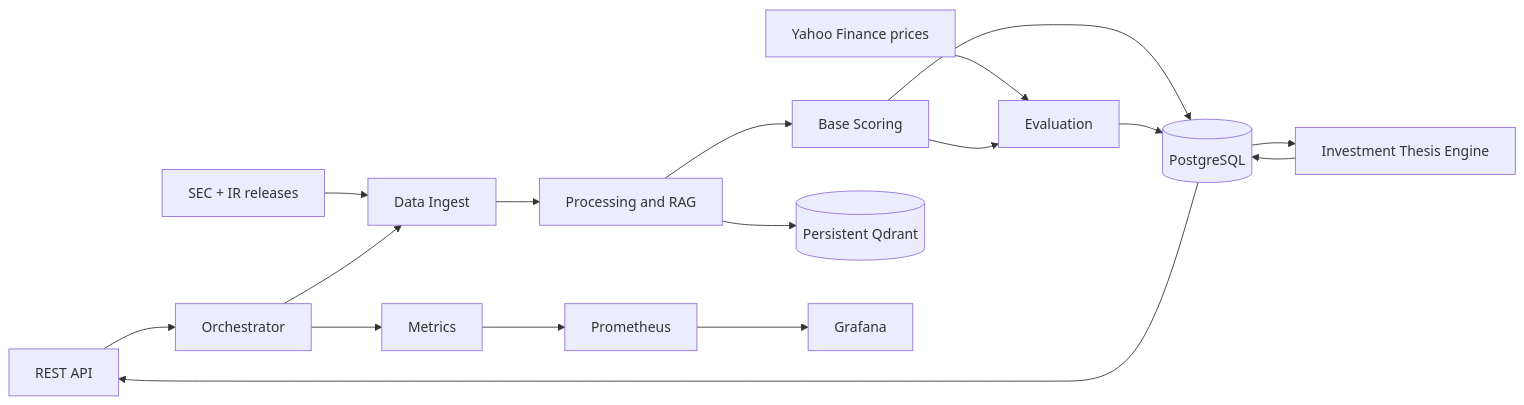
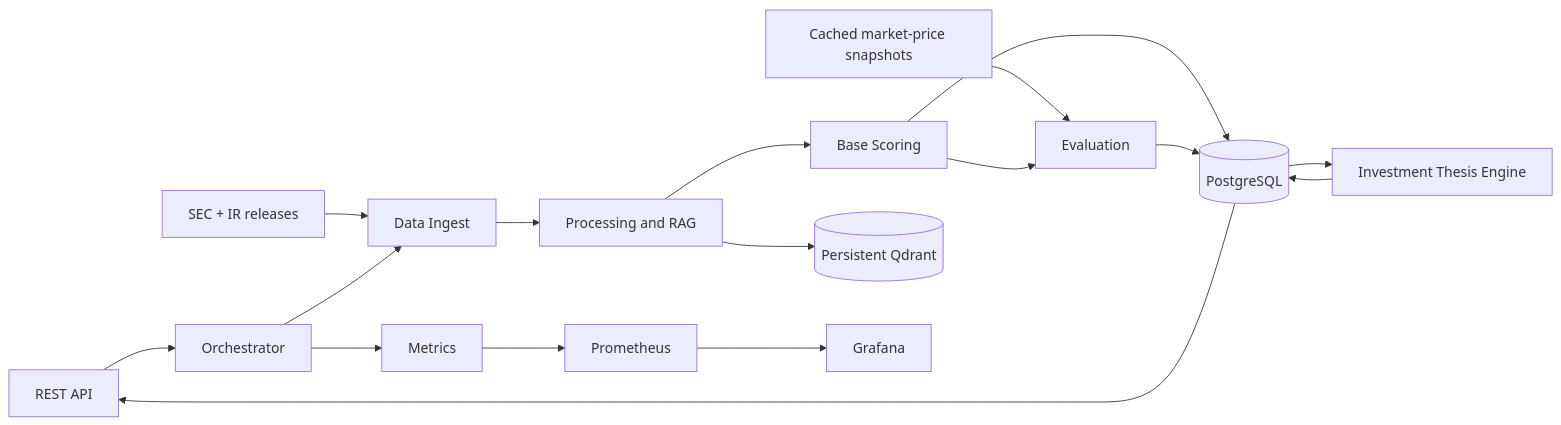
Before and after one commit to JanKaczmarski/sentimentAI: the diagram in docs/ARCHITECTURE.md, drawn with Mermaid. The commit also changed other lines of this file and 75 other files, not shown here.

````diff
--- a/docs/ARCHITECTURE.md
+++ b/docs/ARCHITECTURE.md
@@ -61,19 +62,19 @@
 ```mermaid
 flowchart LR
     API[REST API] --> O[Orchestrator]
     Sources[SEC + IR releases] --> I[Data Ingest]
-    Prices[Yahoo Finance prices] --> E[Evaluation]
+    Prices[Cached market-price snapshots] --> E[Evaluation]
     O --> I
     I --> P[Processing and RAG]
     P --> S[Base Scoring]
     S --> D[(PostgreSQL)]
     P --> V[(Persistent Qdrant)]
     D --> T[Investment Thesis Engine]
     T --> D
     D --> API
     S --> E
     E --> D
     O --> M[Metrics]
     M --> Prom[Prometheus]
     Prom --> Grafana[Grafana]
 ```
````
